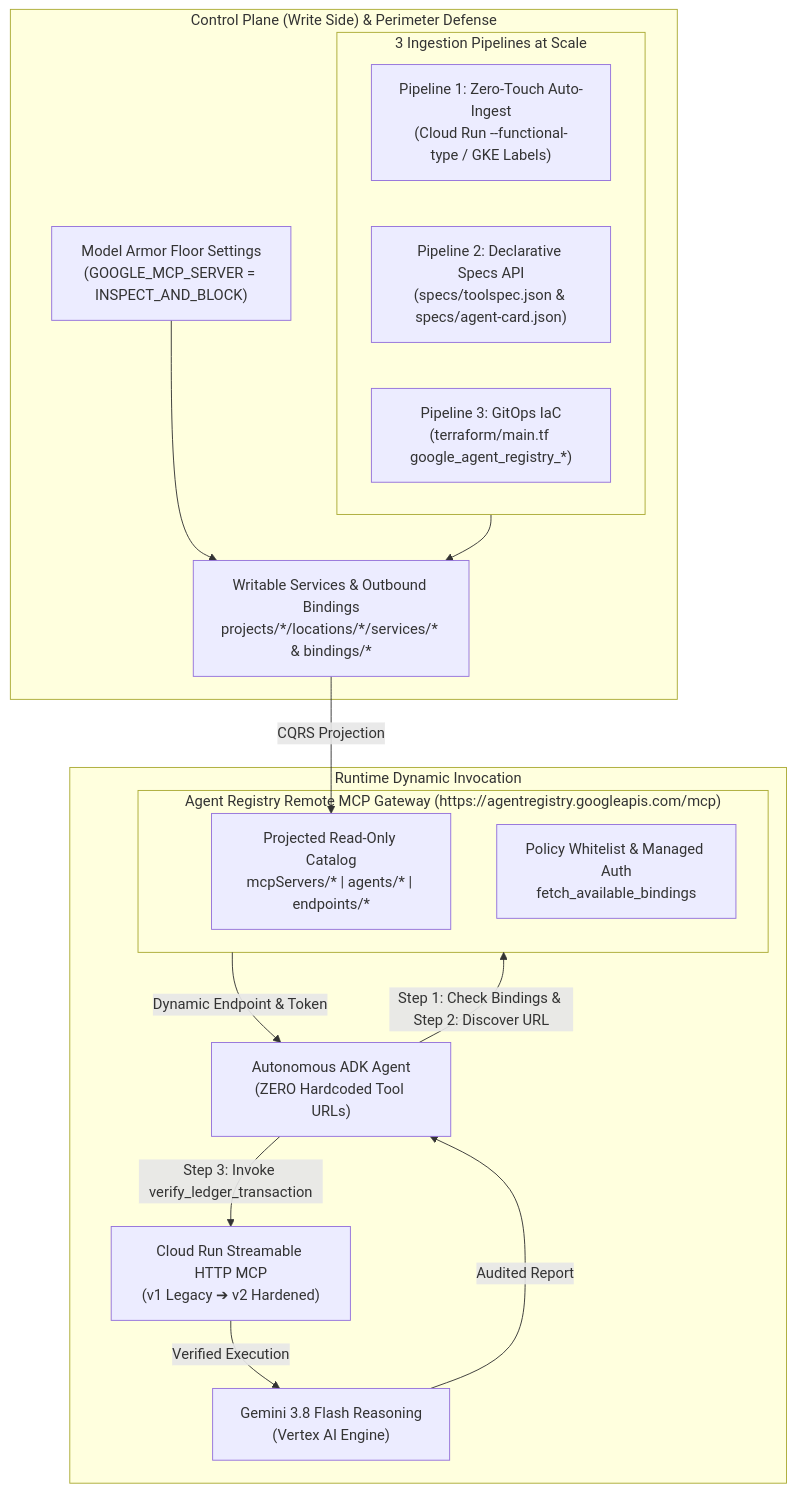
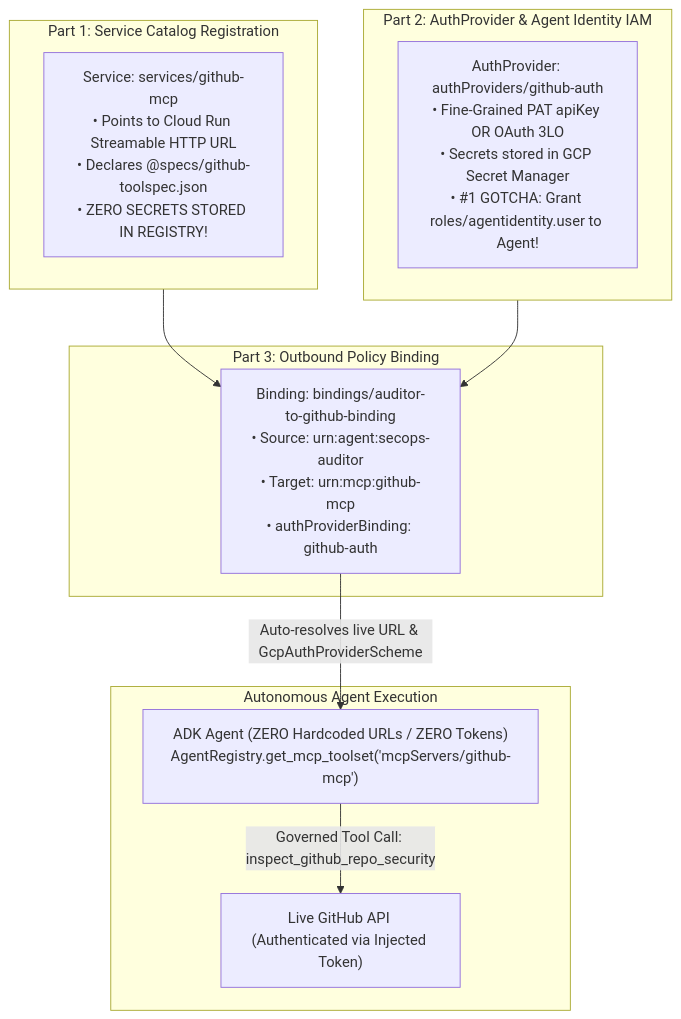
Before and after one commit to arobinson12/advent-of-agents-s3-day19-mcp-governance: the diagram in README.md, drawn with Mermaid. The commit also changed other lines of this file and 15 other files, not shown here.

Commit message:
feat: pivot to GitHub MCP + AuthProvider 3-part handshake with 5-command stage show

````diff
--- a/README.md
+++ b/README.md
@@ -24,33 +25,23 @@
 ```mermaid
 graph TD
-    subgraph CP["Control Plane (Write Side) & Perimeter Defense"]
-        MA["Model Armor Floor Settings<br/>(GOOGLE_MCP_SERVER = INSPECT_AND_BLOCK)"]
-        
-        subgraph IP["3 Ingestion Pipelines at Scale"]
-            P1["Pipeline 1: Zero-Touch Auto-Ingest<br/>(Cloud Run --functional-type / GKE Labels)"]
-            P2["Pipeline 2: Declarative Specs API<br/>(specs/toolspec.json & specs/agent-card.json)"]
-            P3["Pipeline 3: GitOps IaC<br/>(terraform/main.tf google_agent_registry_*)"]
-        end
-        
-        SVC["Writable Services & Outbound Bindings<br/>projects/*/locations/*/services/* & bindings/*"]
-        IP --> SVC
-        MA --> SVC
+    subgraph Part1["Part 1: Service Catalog Registration"]
+        SVC["Service: services/github-mcp<br/>• Points to Cloud Run Streamable HTTP URL<br/>• Declares @specs/github-toolspec.json<br/>• ZERO SECRETS STORED IN REGISTRY!"]
     end
 
-    subgraph CQRS["Agent Registry Remote MCP Gateway (https://agentregistry.googleapis.com/mcp)"]
-        SVC -->|CQRS Projection| CAT["Projected Read-Only Catalog<br/>mcpServers/* | agents/* | endpoints/*"]
-        BIND["Policy Whitelist & Managed Auth<br/>fetch_available_bindings"]
+    subgraph Part2["Part 2: AuthProvider & Agent Identity IAM"]
+        AP["AuthProvider: authProviders/github-auth<br/>• Fine-Grained PAT apiKey OR OAuth 3LO<br/>• Secrets stored in GCP Secret Manager<br/>• #1 GOTCHA: Grant roles/agentidentity.user to Agent!"]
     end
 
-    subgraph RUN["Runtime Dynamic Invocation"]
-        ADK["Autonomous ADK Agent<br/>(ZERO Hardcoded Tool URLs)"]
-        CR["Cloud Run Streamable HTTP MCP<br/>(v1 Legacy ➔ v2 Hardened)"]
-        GEM["Gemini 3.8 Flash Reasoning<br/>(Vertex AI Engine)"]
-        
-        ADK -->|Step 1: Check Bindings & Step 2: Discover URL| CQRS
-        CQRS -->|Dynamic Endpoint & Token| ADK
-        ADK -->|Step 3: Invoke verify_ledger_transaction| CR
-        CR -->|Verified Execution| GEM
-        GEM -->|Audited Report| ADK
+    subgraph Part3["Part 3: Outbound Policy Binding"]
+        BIND["Binding: bindings/auditor-to-github-binding<br/>• Source: urn:agent:secops-auditor<br/>• Target: urn:mcp:github-mcp<br/>• authProviderBinding: github-auth"]
+    end
+
+    Part1 --> BIND
+    Part2 --> BIND
+
+    subgraph Runtime["Autonomous Agent Execution"]
+        ADK["ADK Agent (ZERO Hardcoded URLs / ZERO Tokens)<br/>AgentRegistry.get_mcp_toolset('mcpServers/github-mcp')"]
+        BIND -->|Auto-resolves live URL & GcpAuthProviderScheme| ADK
+        ADK -->|Governed Tool Call: inspect_github_repo_security| GH["Live GitHub API (Authenticated via Injected Token)"]
     end
 ```
````
